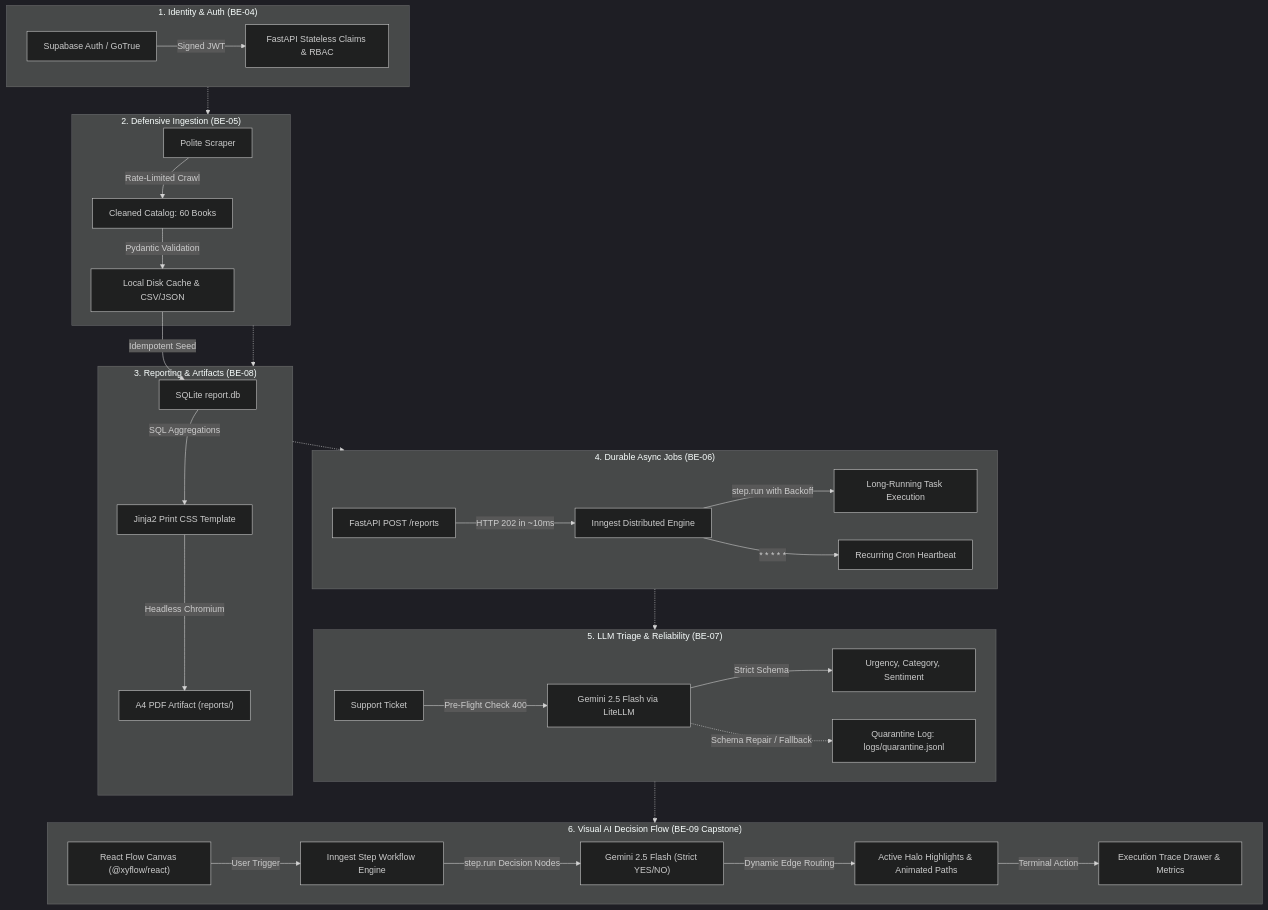
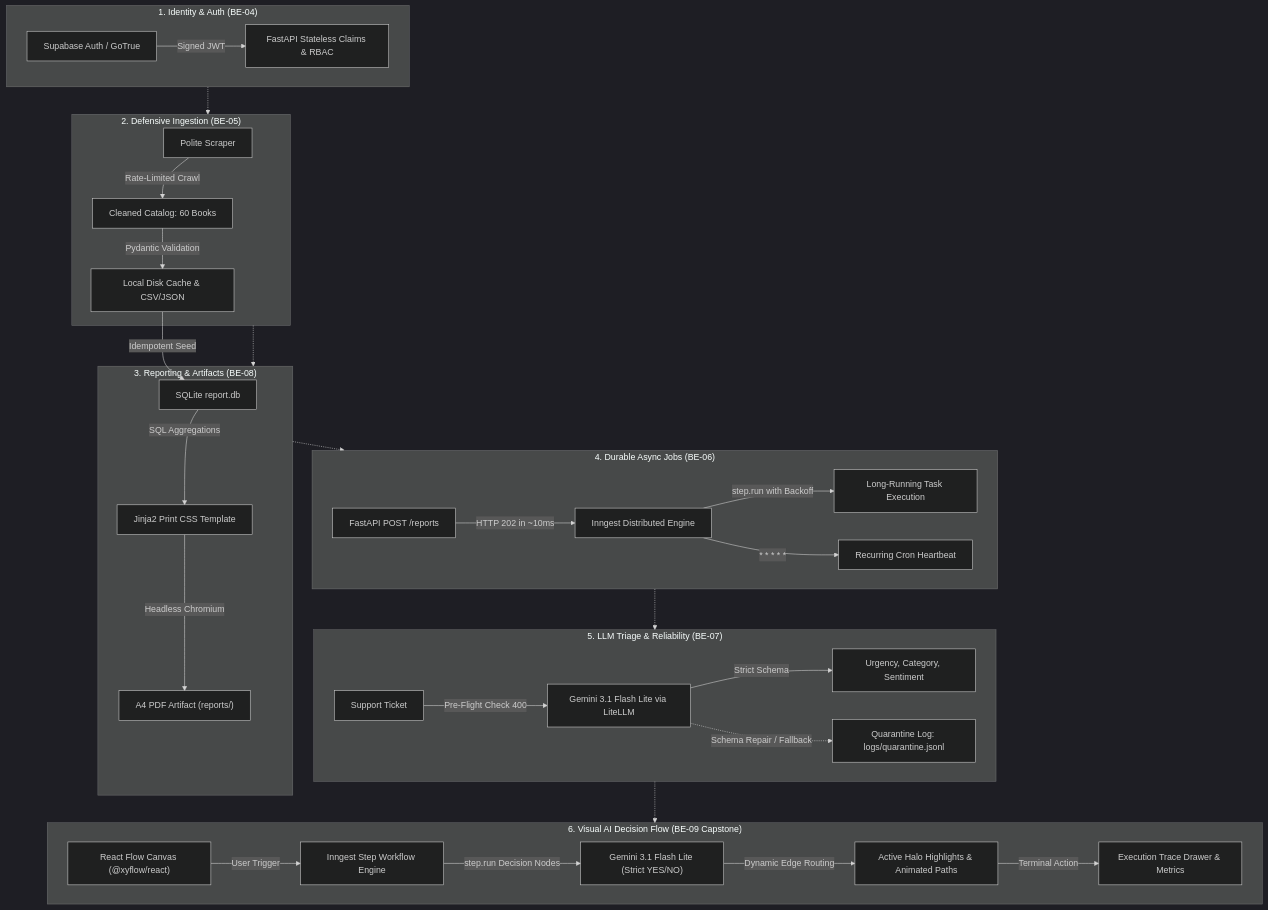
The diagram in README.md (msaad53407/flyrank_ai_backend_ai_engineering_internship), drawn with Mermaid (dark theme) before and after one commit. The commit also changed other lines of this file and 12 other files, not shown here.

Commit message:
Feat: Upgrade all Gemini models to gemini-3.1-flash-lite across assignment_7, assignment_9, and documentation

````diff
--- a/README.md
+++ b/README.md
@@ -19,42 +19,42 @@
 ```mermaid
 graph TD
     subgraph Identity ["1. Identity & Auth (BE-04)"]
         A["Supabase Auth / GoTrue"] -->|Signed JWT| B["FastAPI Stateless Claims & RBAC"]
     end
 
     subgraph Ingestion ["2. Defensive Ingestion (BE-05)"]
         C["Polite Scraper"] -->|Rate-Limited Crawl| D["Cleaned Catalog: 60 Books"]
         D -->|Pydantic Validation| E["Local Disk Cache & CSV/JSON"]
     end
 
     subgraph Reporting ["3. Reporting & Artifacts (BE-08)"]
         E -->|Idempotent Seed| F["SQLite report.db"]
         F -->|SQL Aggregations| G["Jinja2 Print CSS Template"]
         G -->|Headless Chromium| H["A4 PDF Artifact (reports/)"]
     end
 
     subgraph AsyncQueues ["4. Durable Async Jobs (BE-06)"]
         I["FastAPI POST /reports"] -->|HTTP 202 in ~10ms| J["Inngest Distributed Engine"]
         J -->|step.run with Backoff| K["Long-Running Task Execution"]
         J -->|* * * * *| L["Recurring Cron Heartbeat"]
     end
 
     subgraph AIGuardrails ["5. LLM Triage & Reliability (BE-07)"]
-        M["Support Ticket"] -->|Pre-Flight Check 400| N["Gemini 2.5 Flash via LiteLLM"]
+        M["Support Ticket"] -->|Pre-Flight Check 400| N["Gemini 3.1 Flash Lite via LiteLLM"]
         N -->|Strict Schema| O["Urgency, Category, Sentiment"]
         N -.->|Schema Repair / Fallback| P["Quarantine Log: logs/quarantine.jsonl"]
     end
 
     subgraph Capstone ["6. Visual AI Decision Flow (BE-09 Capstone)"]
         Q["React Flow Canvas (@xyflow/react)"] -->|User Trigger| R["Inngest Step Workflow Engine"]
-        R -->|step.run Decision Nodes| S["Gemini 2.5 Flash (Strict YES/NO)"]
+        R -->|step.run Decision Nodes| S["Gemini 3.1 Flash Lite (Strict YES/NO)"]
         S -->|Dynamic Edge Routing| T["Active Halo Highlights & Animated Paths"]
         T -->|Terminal Action| U["Execution Trace Drawer & Metrics"]
     end
 
     Identity -.-> Ingestion
     Ingestion -.-> Reporting
     Reporting -.-> AsyncQueues
     AsyncQueues -.-> AIGuardrails
     AIGuardrails -.-> Capstone
 ```
````
